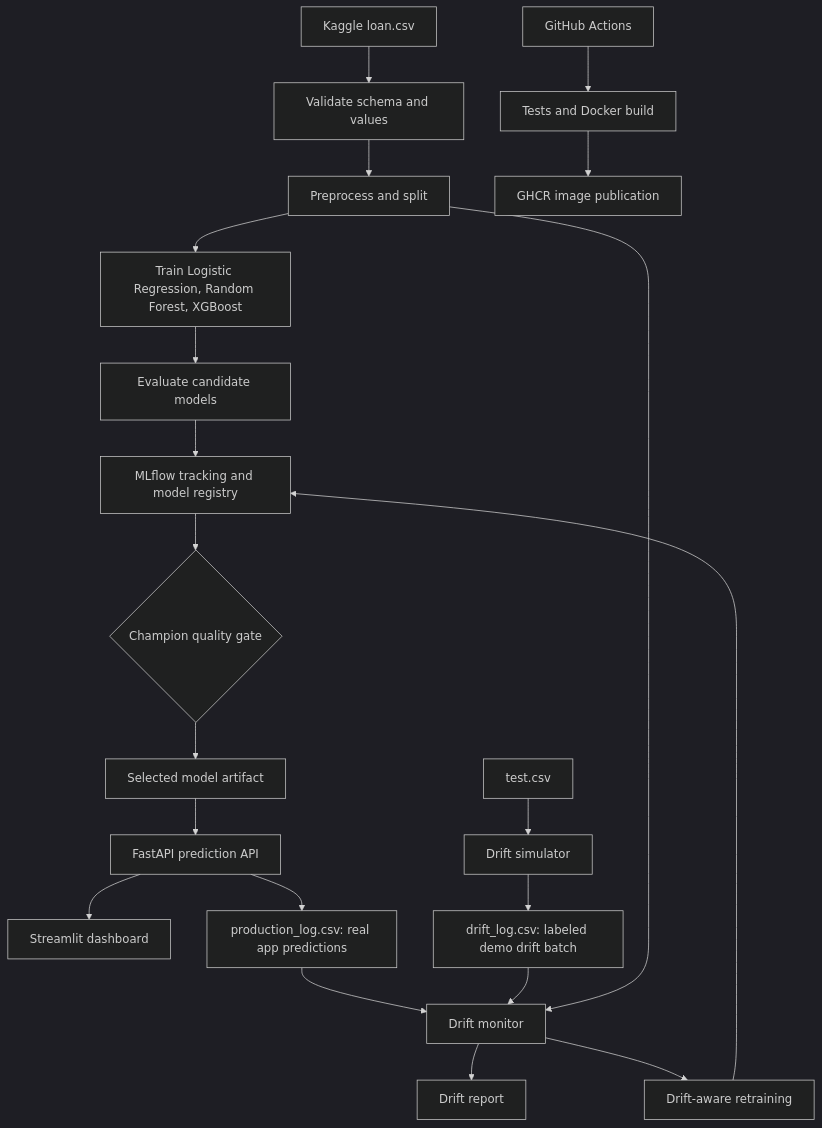
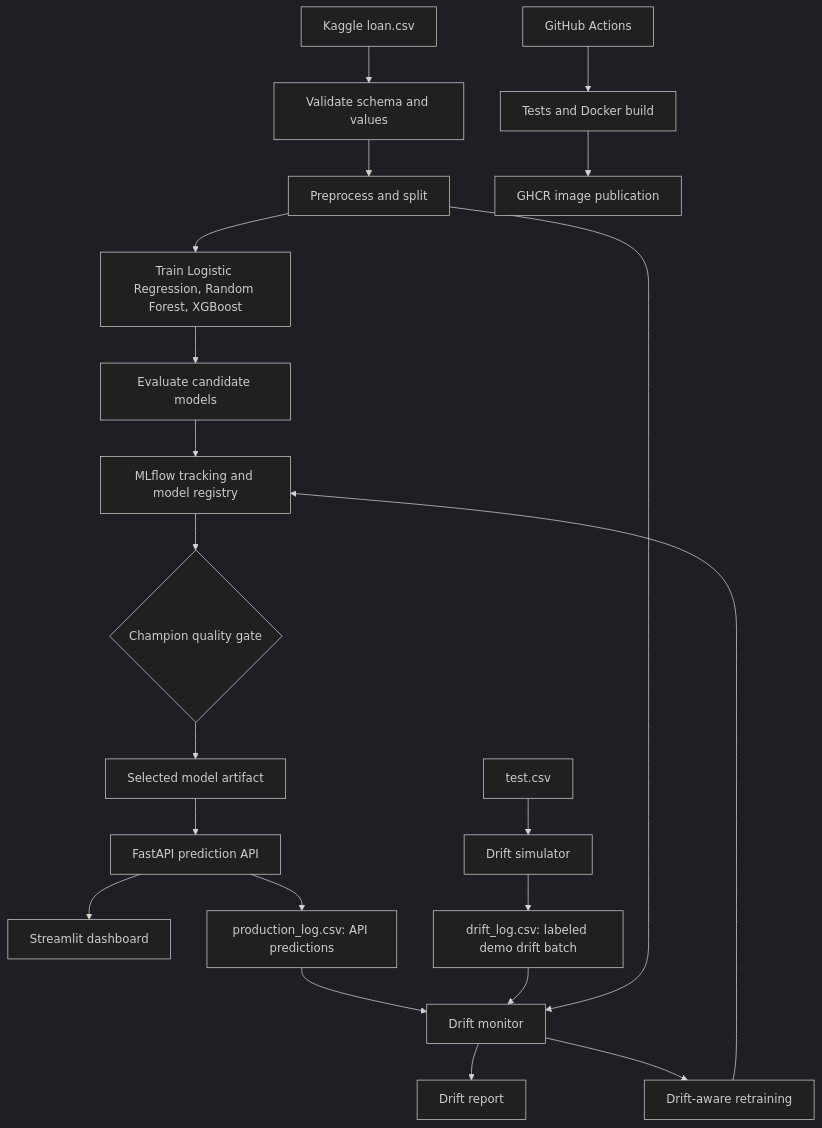
The first of 2 diagrams in README.md (KAVINGUPTA09/loanops), drawn with Mermaid (dark theme) before and after one commit. The commit also changed other lines of this file, not shown here.

````diff
--- a/README.md
+++ b/README.md
@@ -59,23 +105,23 @@
 ```mermaid
 flowchart TD
     A[Kaggle loan.csv] --> B[Validate schema and values]
     B --> C[Preprocess and split]
     C --> D[Train Logistic Regression, Random Forest, XGBoost]
     D --> E[Evaluate candidate models]
     E --> F[MLflow tracking and model registry]
     F --> G{Champion quality gate}
     G --> H[Selected model artifact]
     H --> I[FastAPI prediction API]
     I --> J[Streamlit dashboard]
-    I --> K[production_log.csv: real app predictions]
+    I --> K[production_log.csv: API predictions]
     L[test.csv] --> M[Drift simulator]
     M --> N[drift_log.csv: labeled demo drift batch]
     K --> O[Drift monitor]
     N --> O
     C --> O
     O --> P[Drift report]
     O --> Q[Drift-aware retraining]
     Q --> F
     R[GitHub Actions] --> S[Tests and Docker build]
     S --> T[GHCR image publication]
 ```
````
